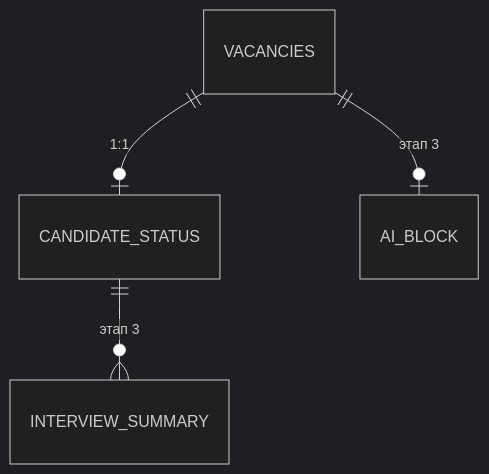
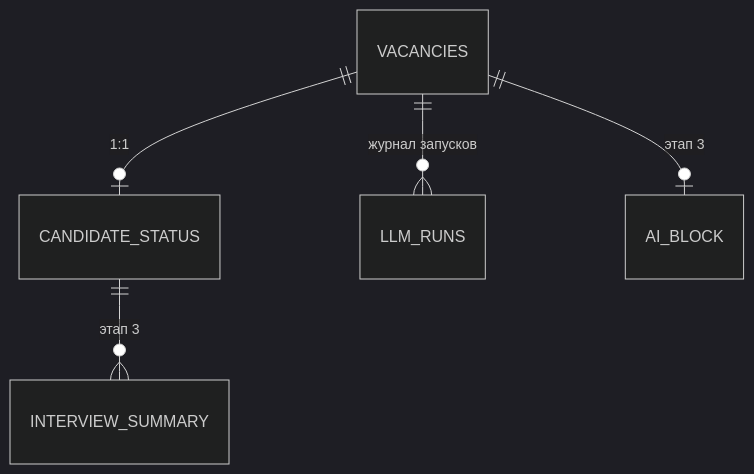
One commit to Hundsamurai/hopecore changed the third of 3 diagrams in docs/poject/structure.md. Above: the diagram before and after it, drawn with Mermaid (dark theme). The commit also changed other lines of this file and 58 other files, not shown here.

````diff
--- a/docs/poject/structure.md
+++ b/docs/poject/structure.md
@@ -95,6 +103,7 @@
 ```mermaid
 erDiagram
     VACANCIES ||--o| CANDIDATE_STATUS : "1:1"
+    VACANCIES ||--o{ LLM_RUNS : "журнал запусков"
     CANDIDATE_STATUS ||--o{ INTERVIEW_SUMMARY : "этап 3"
     VACANCIES ||--o| AI_BLOCK : "этап 3"
 ```
````
